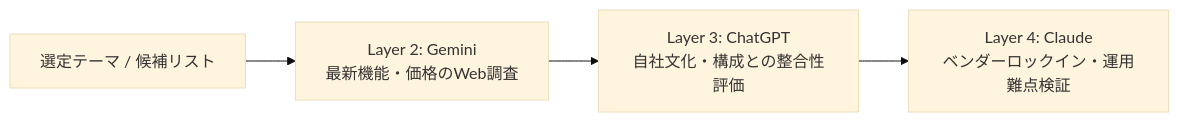
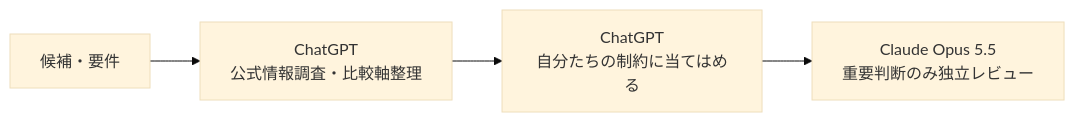
One commit to moruku36/multi-ai-workflow changed the diagram in docs/cookbook/02-tech-selection.md. Above: the diagram before and after it, drawn with Mermaid (base theme). The commit also changed other lines of this file, not shown here.

````diff
--- a/docs/cookbook/02-tech-selection.md
+++ b/docs/cookbook/02-tech-selection.md
@@ -9,6 +9,6 @@
 ```mermaid
 flowchart LR
-    A[選定テーマ / 候補リスト] --> B[Layer 2: Gemini<br>最新機能・価格のWeb調査]
-    B --> C[Layer 3: ChatGPT<br>自社文化・構成との整合性評価]
-    C --> D[Layer 4: Claude<br>ベンダーロックイン・運用難点検証]
+    A[候補・要件] --> B[ChatGPT<br/>公式情報調査・比較軸整理]
+    B --> C[ChatGPT<br/>自分たちの制約に当てはめる]
+    C --> D[Claude Opus 5.5<br/>重要判断のみ独立レビュー]
 ```
````
